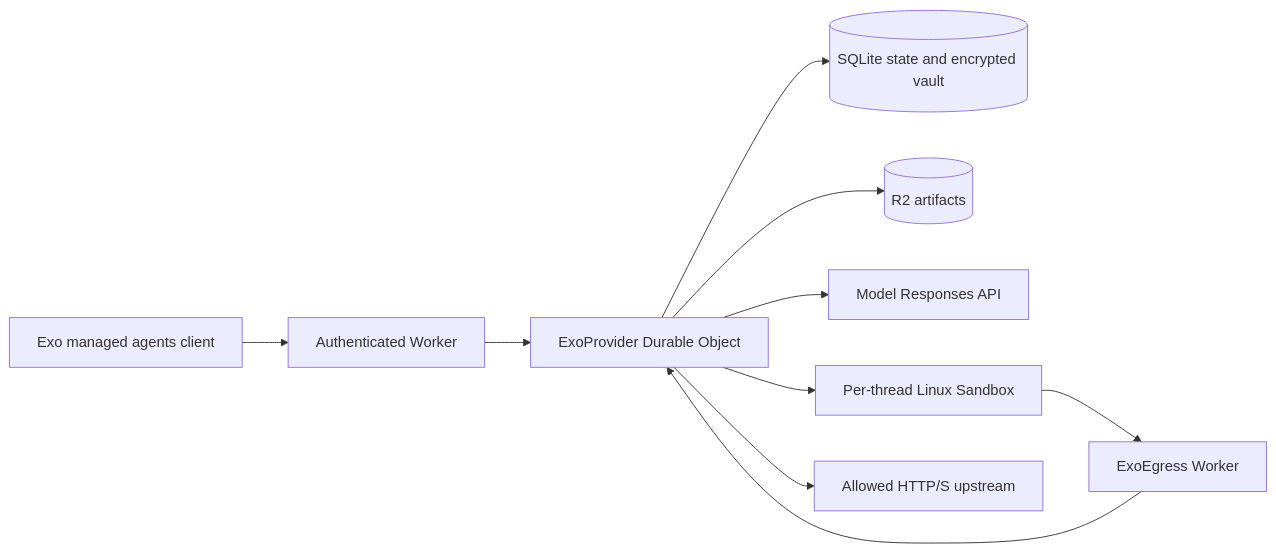
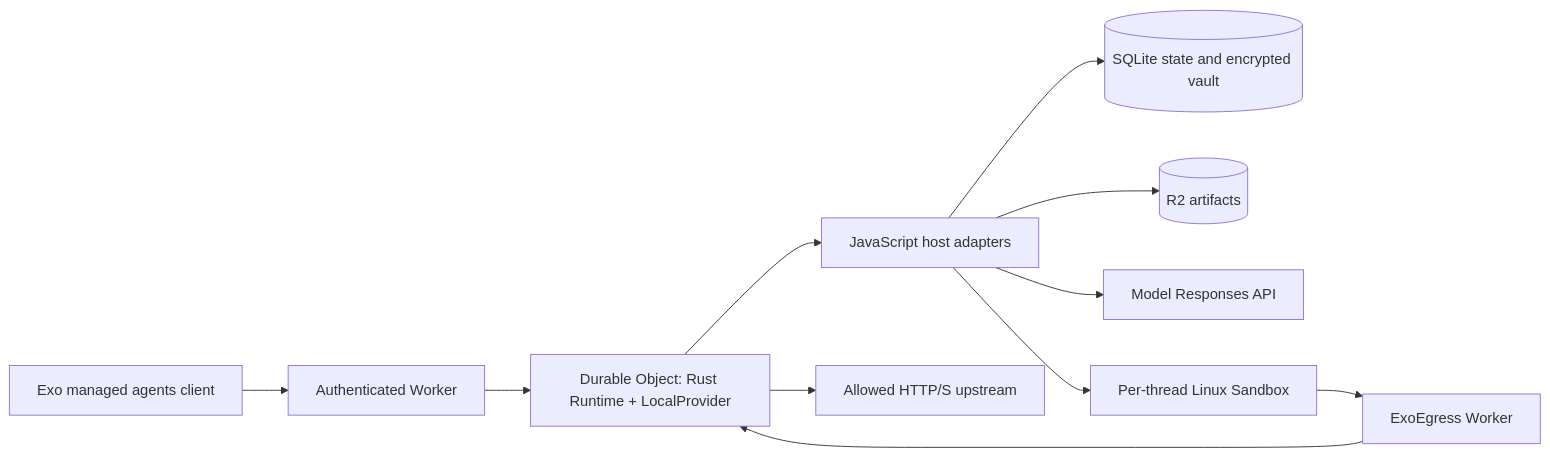
One commit to exoharness/exo changed the diagram in exoharness/cloudflare/README.md. Above: the diagram before and after it, drawn with Mermaid. The commit also changed other lines of this file and 39 other files, not shown here.

````diff
--- a/exoharness/cloudflare/README.md
+++ b/exoharness/cloudflare/README.md
@@ -5,12 +5,13 @@
 ```mermaid
 flowchart LR
   Client[Exo managed agents client] --> Worker[Authenticated Worker]
-  Worker --> Provider[ExoProvider Durable Object]
-  Provider --> SQLite[(SQLite state and encrypted vault)]
-  Provider --> R2[(R2 artifacts)]
-  Provider --> Model[Model Responses API]
-  Provider --> Sandbox[Per-thread Linux Sandbox]
+  Worker --> Provider[Durable Object: Rust Runtime + LocalProvider]
+  Provider --> IO[JavaScript host adapters]
+  IO --> SQLite[(SQLite state and encrypted vault)]
+  IO --> R2[(R2 artifacts)]
+  IO --> Model[Model Responses API]
+  IO --> Sandbox[Per-thread Linux Sandbox]
   Sandbox --> Egress[ExoEgress Worker]
   Egress --> Provider
   Provider --> Upstream[Allowed HTTP/S upstream]
 ```
````
